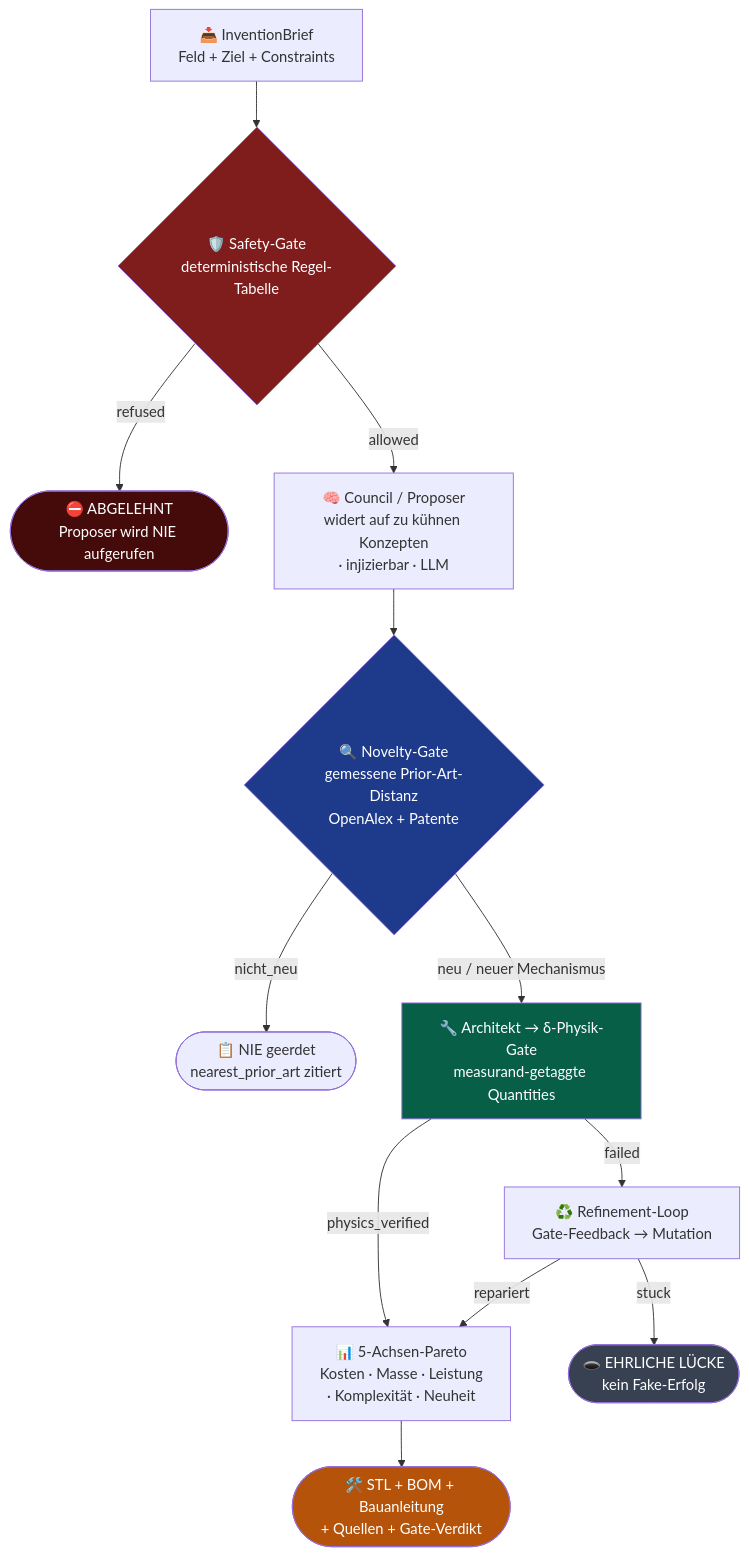
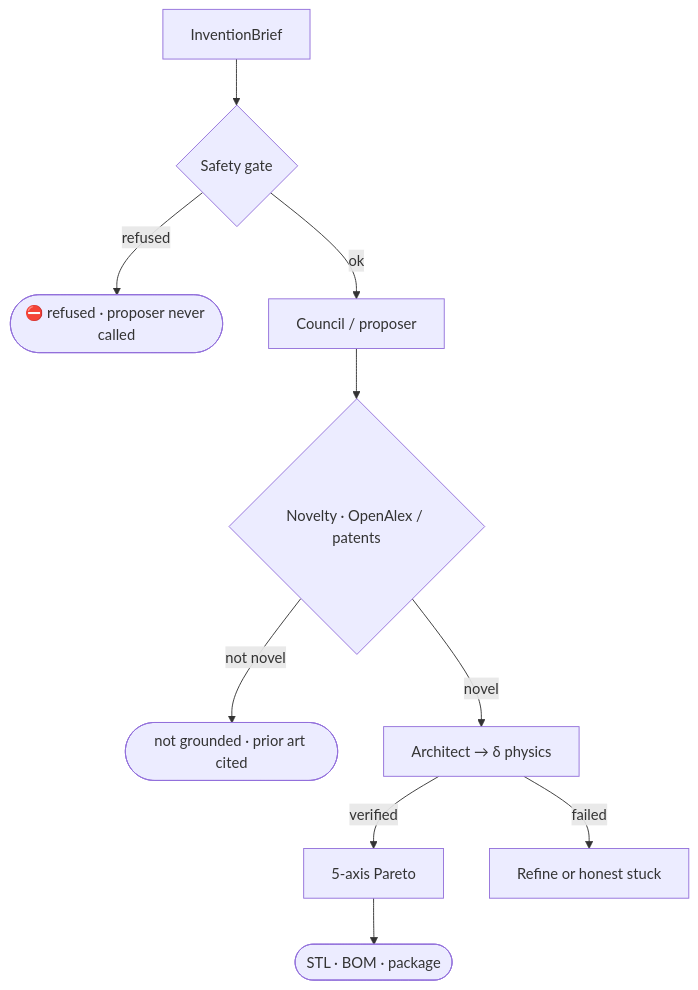
One commit to Oz4462/genesis changed the second of 2 diagrams in README.md. Above: the diagram before and after it, drawn with Mermaid. The commit also changed other lines of this file, not shown here.

````diff
--- a/README.md
+++ b/README.md
@@ -143,20 +234,12 @@
 ```mermaid
 flowchart TD
-    B[📥 InventionBrief<br/>Feld + Ziel + Constraints] --> SAFE{🛡️ Safety-Gate<br/>deterministische Regel-Tabelle}
-    SAFE -->|refused| STOP([⛔ ABGELEHNT<br/>Proposer wird NIE aufgerufen])
-    SAFE -->|allowed| GEN[🧠 Council / Proposer<br/>widert auf zu kühnen Konzepten<br/>· injizierbar · LLM]
-    GEN --> NOV{🔍 Novelty-Gate<br/>gemessene Prior-Art-Distanz<br/>OpenAlex + Patente}
-    NOV -->|nicht_neu| SKIP([📋 NIE geerdet<br/>nearest_prior_art zitiert])
-    NOV -->|neu / neuer Mechanismus| GROUND[🔧 Architekt → δ-Physik-Gate<br/>measurand-getaggte Quantities]
-    GROUND -->|physics_verified| SCORE[📊 5-Achsen-Pareto<br/>Kosten · Masse · Leistung<br/>· Komplexität · Neuheit]
-    GROUND -->|failed| REFINE[♻️ Refinement-Loop<br/>Gate-Feedback → Mutation]
-    REFINE -->|repariert| SCORE
-    REFINE -->|stuck| GAP([🕳️ EHRLICHE LÜCKE<br/>kein Fake-Erfolg])
-    SCORE --> ART([🛠️ STL + BOM + Bauanleitung<br/>+ Quellen + Gate-Verdikt])
-    style SAFE fill:#7f1d1d,color:#fff
-    style NOV fill:#1e3a8a,color:#fff
-    style GROUND fill:#065f46,color:#fff
-    style ART fill:#b45309,color:#fff
-    style STOP fill:#450a0a,color:#fff
-    style GAP fill:#374151,color:#fff
+    B[InventionBrief] --> SAFE{Safety gate}
+    SAFE -->|refused| STOP([⛔ refused · proposer never called])
+    SAFE -->|ok| GEN[Council / proposer]
+    GEN --> NOV{Novelty · OpenAlex / patents}
+    NOV -->|not novel| SKIP([not grounded · prior art cited])
+    NOV -->|novel| GROUND[Architect → δ physics]
+    GROUND -->|verified| SCORE[5-axis Pareto]
+    GROUND -->|failed| REFINE[Refine or honest stuck]
+    SCORE --> ART([STL · BOM · package])
 ```
````
